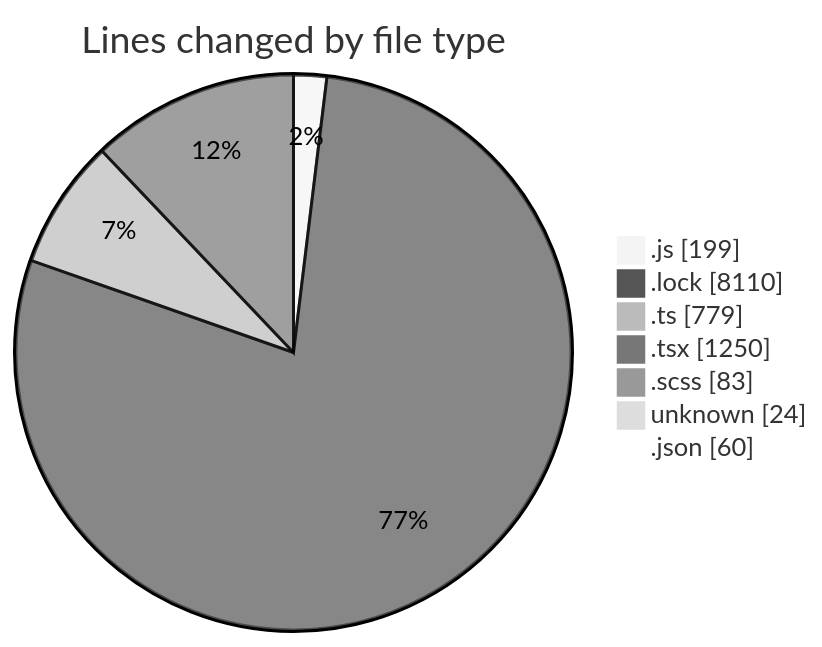
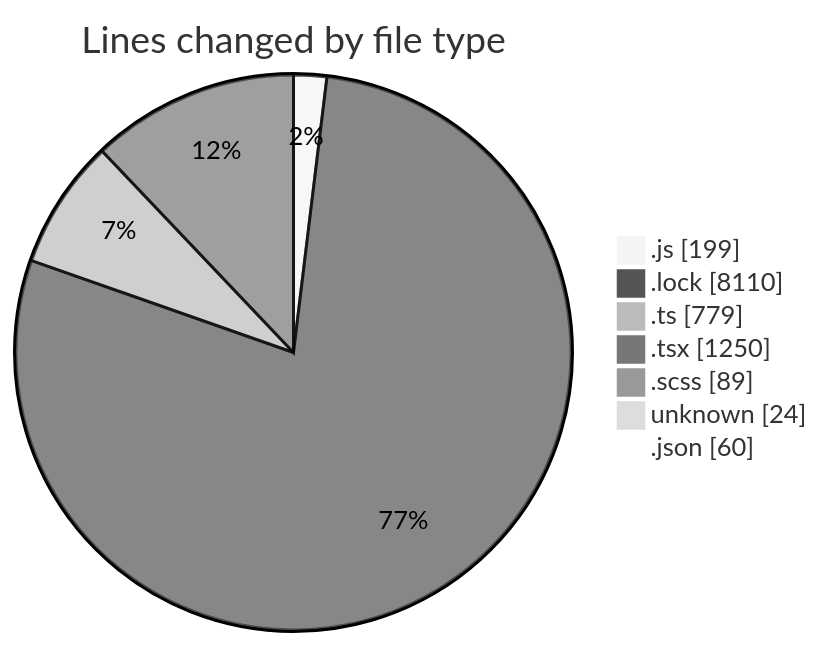
Before and after one commit to momahboobian/code-tracking: the first of 2 diagrams in 2025-02-07/cda/README.md, drawn with Mermaid (neutral theme). The commit also changed other lines of this file and 1 other file, not shown here.

````diff
--- a/2025-02-07/cda/README.md
+++ b/2025-02-07/cda/README.md
@@ -58,11 +58,11 @@
 ```mermaid
 pie showData
 title Lines changed by file type
 ".js" : 199
 ".lock" : 8110
 ".ts" : 779
 ".tsx" : 1250
-".scss" : 83
+".scss" : 89
 "unknown" : 24
 ".json" : 60
 ```
````
